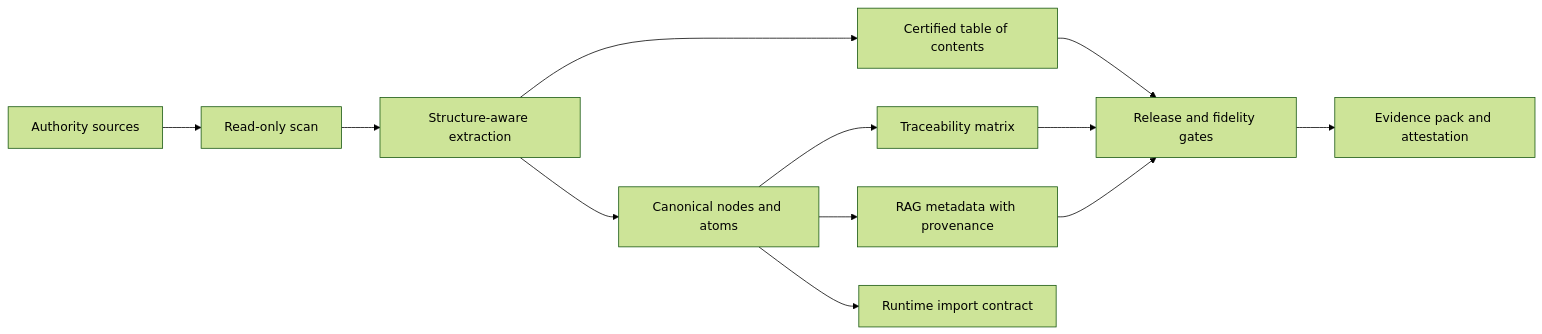
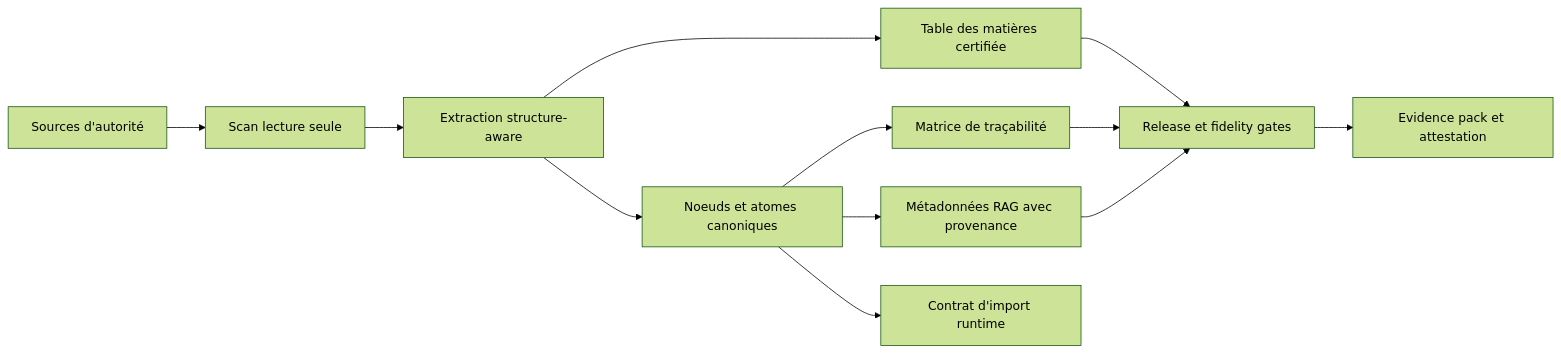
Before and after one commit to decarvalhoe/NOMOS: the diagram in README.md, drawn with Mermaid (forest theme). The commit also changed other lines of this file and 2 other files, not shown here.

````diff
--- a/README.md
+++ b/README.md
@@ -28,14 +55,14 @@
 ```mermaid
 flowchart LR
-  Source["Authority sources"] --> Scan["Read-only scan"]
-  Scan --> AST["Structure-aware extraction"]
-  AST --> TOC["Certified table of contents"]
-  AST --> Atoms["Canonical nodes and atoms"]
-  Atoms --> Matrix["Traceability matrix"]
-  Atoms --> RAG["RAG metadata with provenance"]
-  Atoms --> Engine["Runtime import contract"]
-  Matrix --> Gate["Release and fidelity gates"]
+  Source["Sources d'autorité"] --> Scan["Scan lecture seule"]
+  Scan --> AST["Extraction structure-aware"]
+  AST --> TOC["Table des matières certifiée"]
+  AST --> Atoms["Noeuds et atomes canoniques"]
+  Atoms --> Matrix["Matrice de traçabilité"]
+  Atoms --> RAG["Métadonnées RAG avec provenance"]
+  Atoms --> Engine["Contrat d'import runtime"]
+  Matrix --> Gate["Release et fidelity gates"]
   RAG --> Gate
   TOC --> Gate
-  Gate --> Evidence["Evidence pack and attestation"]
+  Gate --> Evidence["Evidence pack et attestation"]
 ```
````
